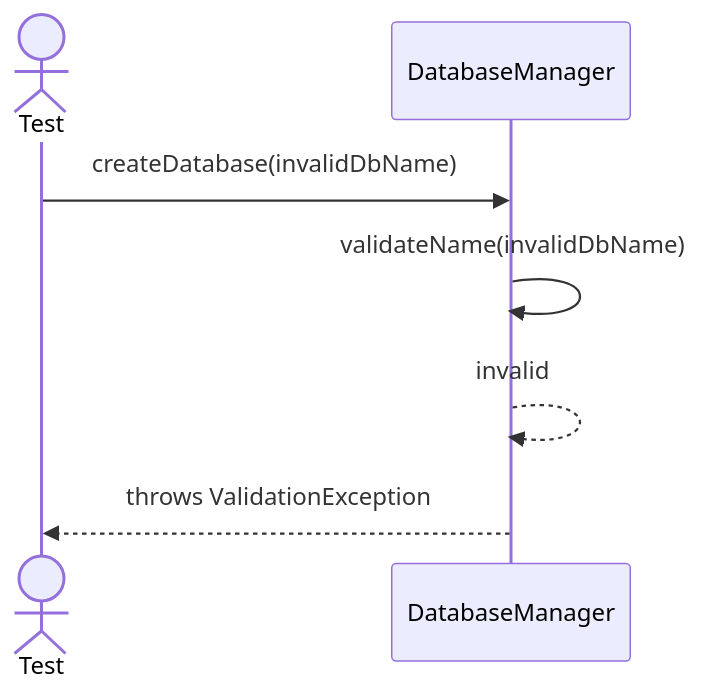
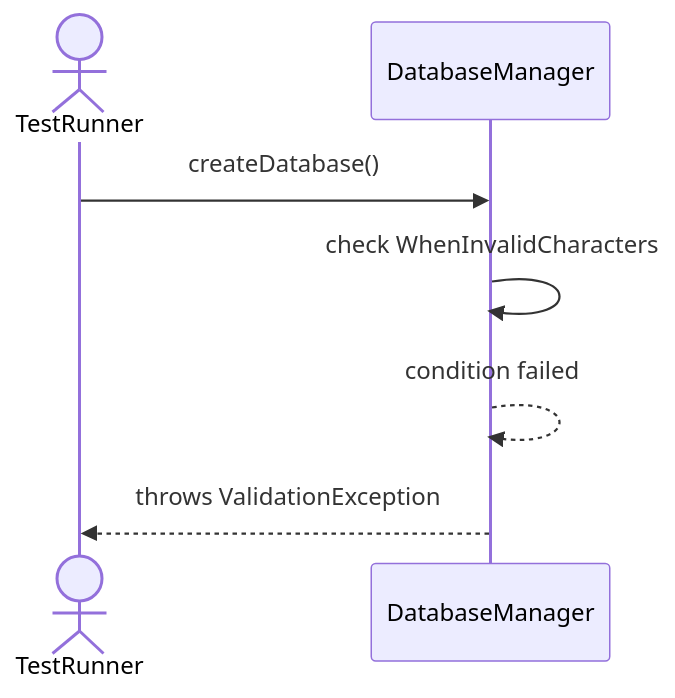
One commit to TamBui1706/DBMS changed the third of 12 diagrams in Sequences/Core/DatabaseManager.md. Above: the diagram before and after it, drawn with Mermaid. The commit also changed other lines of this file and 63 other files, not shown here.

Commit message:
Draw sequence diagram for unit tests

````diff
--- a/Sequences/Core/DatabaseManager.md
+++ b/Sequences/Core/DatabaseManager.md
@@ -52,10 +42,9 @@
 ```mermaid
 sequenceDiagram
-    actor Test
+    actor TestRunner
     participant DatabaseManager
-
-    Test->>DatabaseManager: createDatabase(invalidDbName)
-    DatabaseManager->>DatabaseManager: validateName(invalidDbName)
-    DatabaseManager-->>DatabaseManager: invalid
-    DatabaseManager-->>Test: throws ValidationException
+    TestRunner->>DatabaseManager: createDatabase()
+    DatabaseManager->>DatabaseManager: check WhenInvalidCharacters
+    DatabaseManager-->>DatabaseManager: condition failed
+    DatabaseManager-->>TestRunner: throws ValidationException
 ```
````
